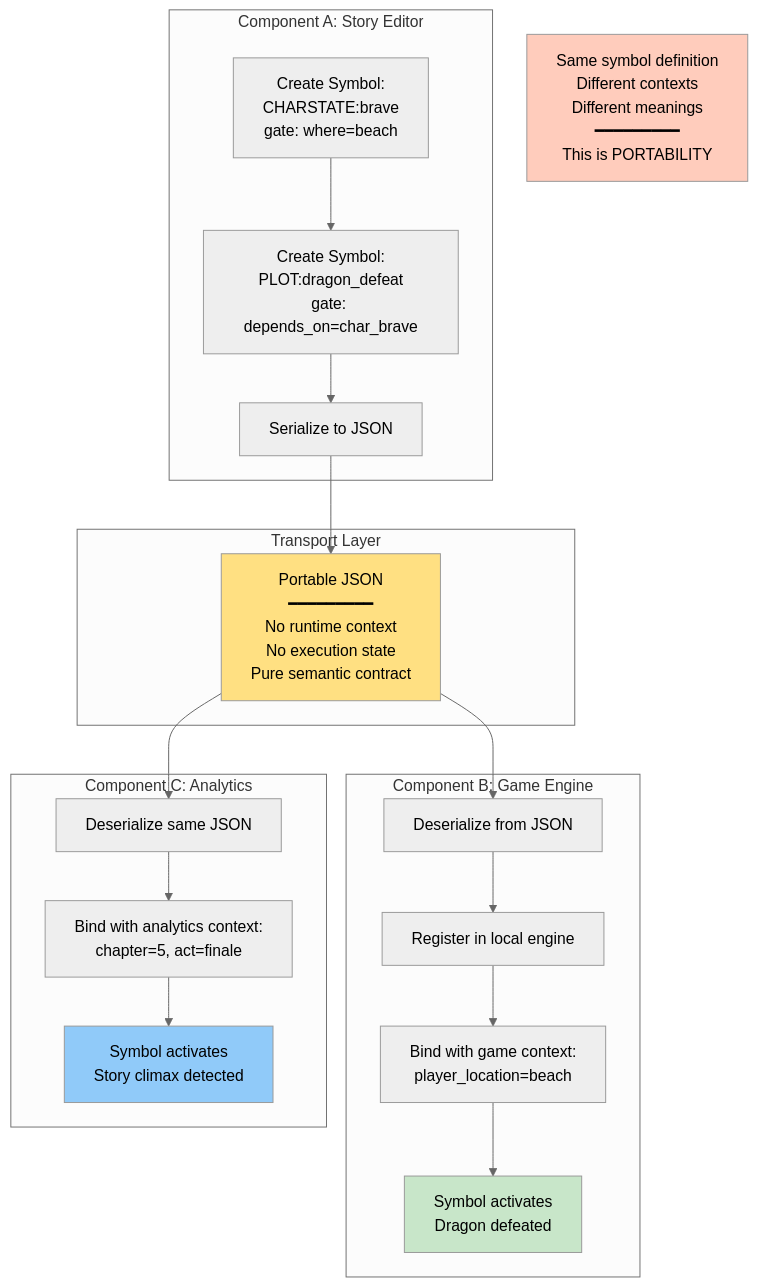
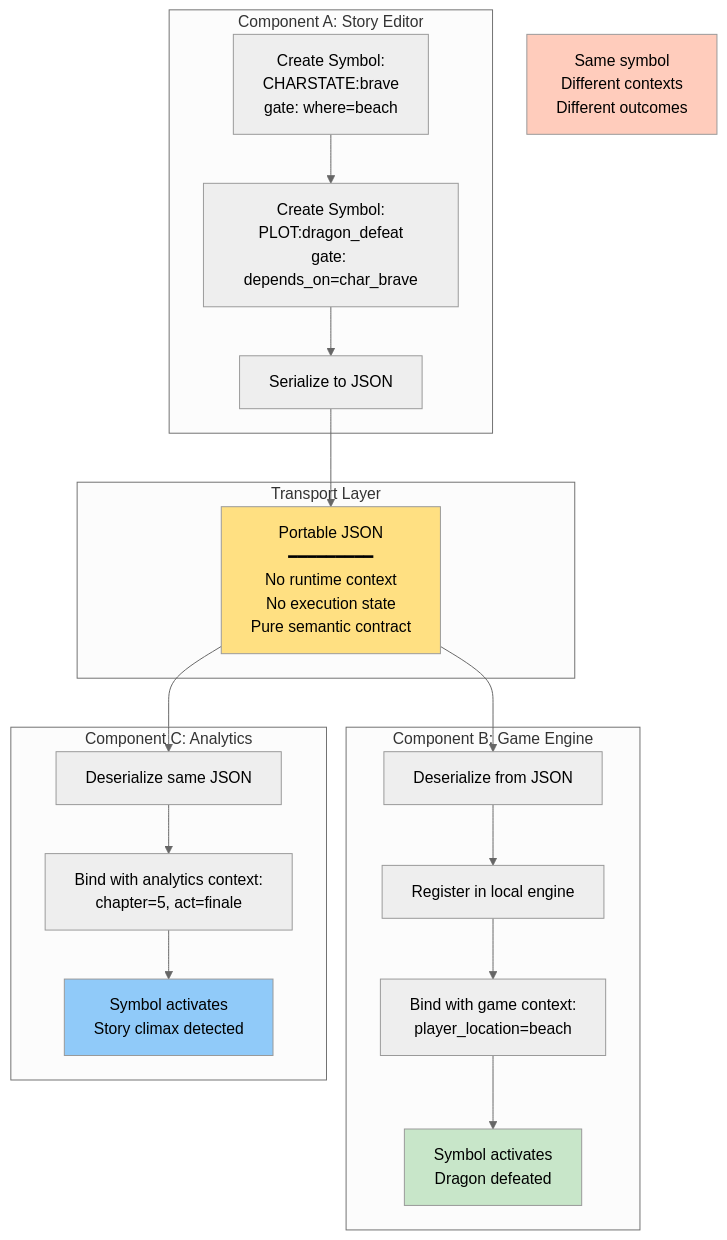
Before and after one commit to bindlang/bindlang: the second of 3 diagrams in docs/diagrams/advanced-patterns.md, drawn with Mermaid (neutral theme). The commit also changed other lines of this file and 7 other files, not shown here.

Commit message:
Clean up documentation and fix diagram rendering

````diff
--- a/docs/diagrams/advanced-patterns.md
+++ b/docs/diagrams/advanced-patterns.md
@@ -92,46 +44,46 @@
 ```mermaid
 graph TB
     subgraph "Component A: Story Editor"
         A1["Create Symbol:<br/>CHARSTATE:brave<br/>gate: where=beach"]
         A2["Create Symbol:<br/>PLOT:dragon_defeat<br/>gate: depends_on=char_brave"]
         A3["Serialize to JSON"]
 
         A1 --> A2
         A2 --> A3
     end
 
     subgraph "Transport Layer"
         JSON["Portable JSON<br/>━━━━━━━━━<br/>No runtime context<br/>No execution state<br/>Pure semantic contract"]
 
         A3 --> JSON
     end
 
     subgraph "Component B: Game Engine"
         B1["Deserialize from JSON"]
         B2["Register in local engine"]
         B3["Bind with game context:<br/>player_location=beach"]
         B4["Symbol activates<br/>Dragon defeated"]
 
         JSON --> B1
         B1 --> B2
         B2 --> B3
         B3 --> B4
     end
 
     subgraph "Component C: Analytics"
         C1["Deserialize same JSON"]
         C2["Bind with analytics context:<br/>chapter=5, act=finale"]
         C3["Symbol activates<br/>Story climax detected"]
 
         JSON --> C1
         C1 --> C2
         C2 --> C3
     end
 
-    Note1["Same symbol definition<br/>Different contexts<br/>Different meanings<br/>━━━━━━━━━<br/>This is PORTABILITY"]
+    Note1["Same symbol<br/>Different contexts<br/>Different outcomes"]
 
-    style JSON fill:#FFE082
-    style B4 fill:#C8E6C9
-    style C3 fill:#90CAF9
-    style Note1 fill:#FFCCBC
+    style JSON fill:#FFE082,color:#000
+    style B4 fill:#C8E6C9,color:#000
+    style C3 fill:#90CAF9,color:#000
+    style Note1 fill:#FFCCBC,color:#000
 ```
````
